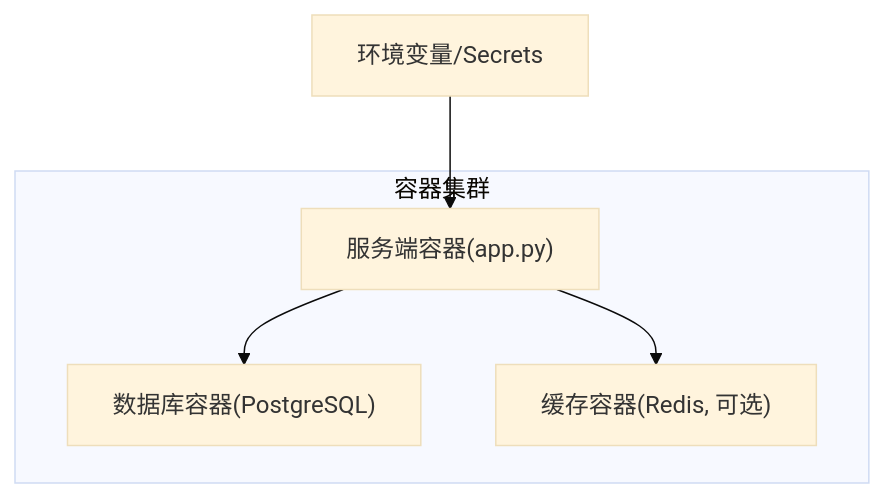
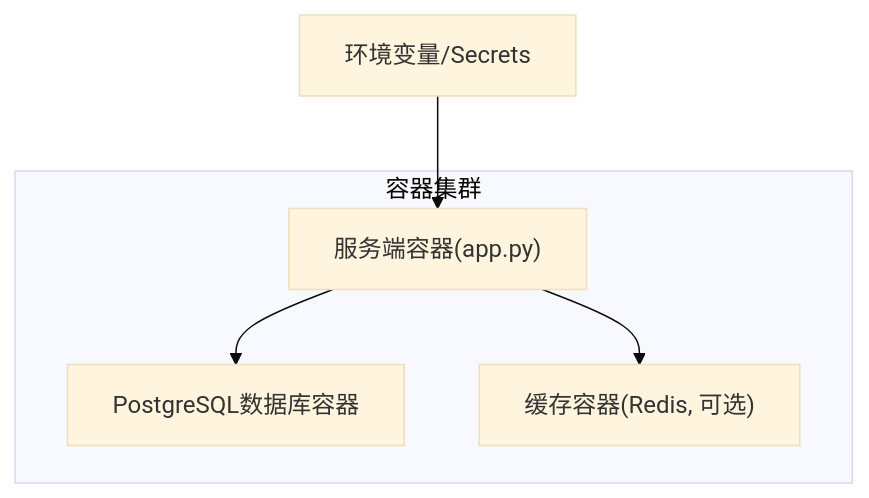
One commit to abokyoy/LectureLearnLoop changed the eighth of 14 diagrams in .qoder/repowiki/zh/content/部署运维.md. Above: the diagram before and after it, drawn with Mermaid (base theme). The commit also changed other lines of this file and 91 other files, not shown here.

````diff
--- a/.qoder/repowiki/zh/content/部署运维.md
+++ b/.qoder/repowiki/zh/content/部署运维.md
@@ -321,11 +275,11 @@
 ```mermaid
 graph TB
 subgraph "容器集群"
 SVC["服务端容器(app.py)"]
-PG["数据库容器(PostgreSQL)"]
+PG["PostgreSQL数据库容器"]
 CACHE["缓存容器(Redis, 可选)"]
 end
 ENV["环境变量/Secrets"] --> SVC
 SVC --> PG
 SVC --> CACHE
 ```
````
